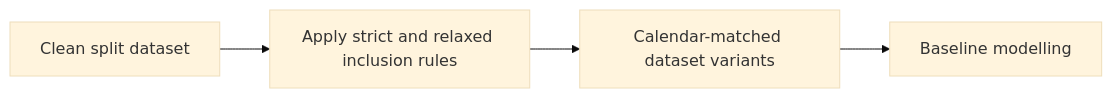
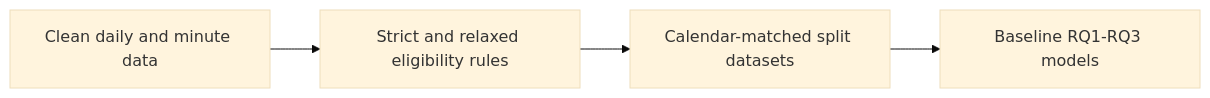
The diagram in docs/notebooks/05_dataset_Splitting.md (Ferreter/Dissertation), drawn with Mermaid (base theme) before and after one commit. The commit also changed other lines of this file and 27 other files, not shown here.

````diff
--- a/docs/notebooks/05_dataset_Splitting.md
+++ b/docs/notebooks/05_dataset_Splitting.md
@@ -12,6 +13,6 @@
 ```mermaid
 flowchart LR
-    A["Clean split dataset"] --> B["Apply strict and relaxed inclusion rules"]
-    B --> C["Calendar-matched dataset variants"]
-    C --> D["Baseline modelling"]
+    A["Clean daily and minute data"] --> B["Strict and relaxed eligibility rules"]
+    B --> C["Calendar-matched split datasets"]
+    C --> D["Baseline RQ1-RQ3 models"]
 ```
````
